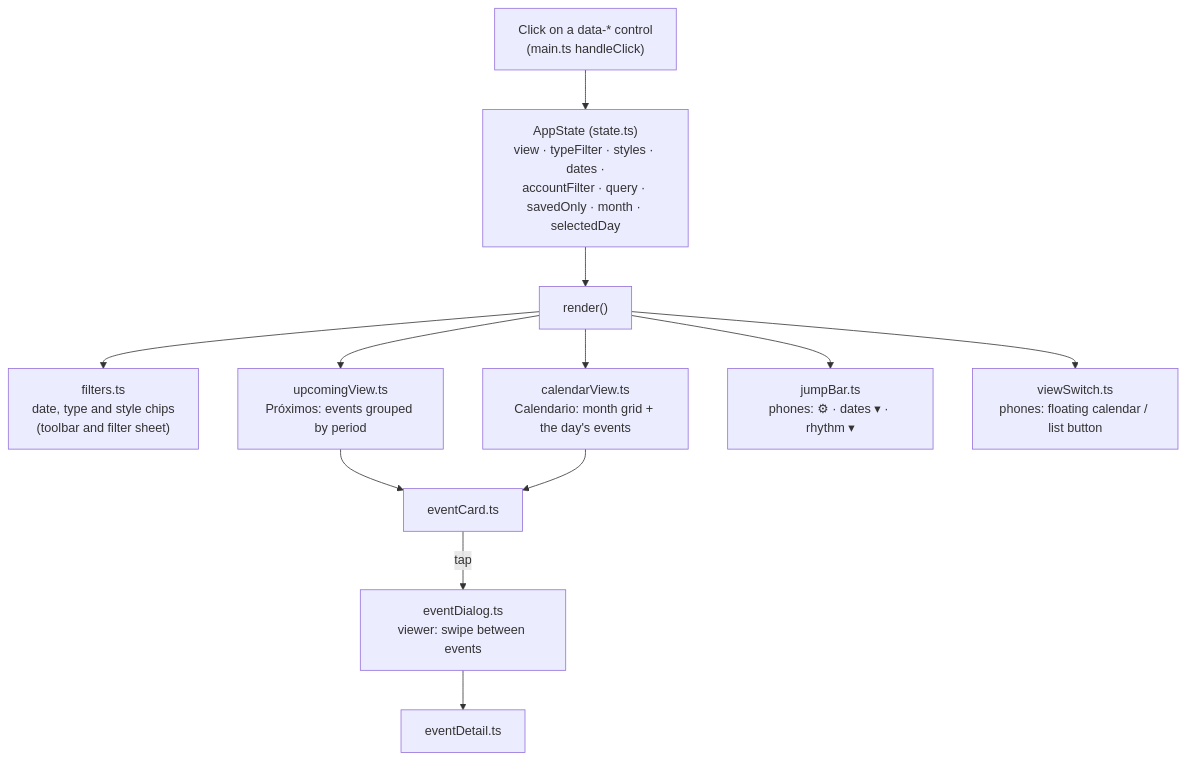
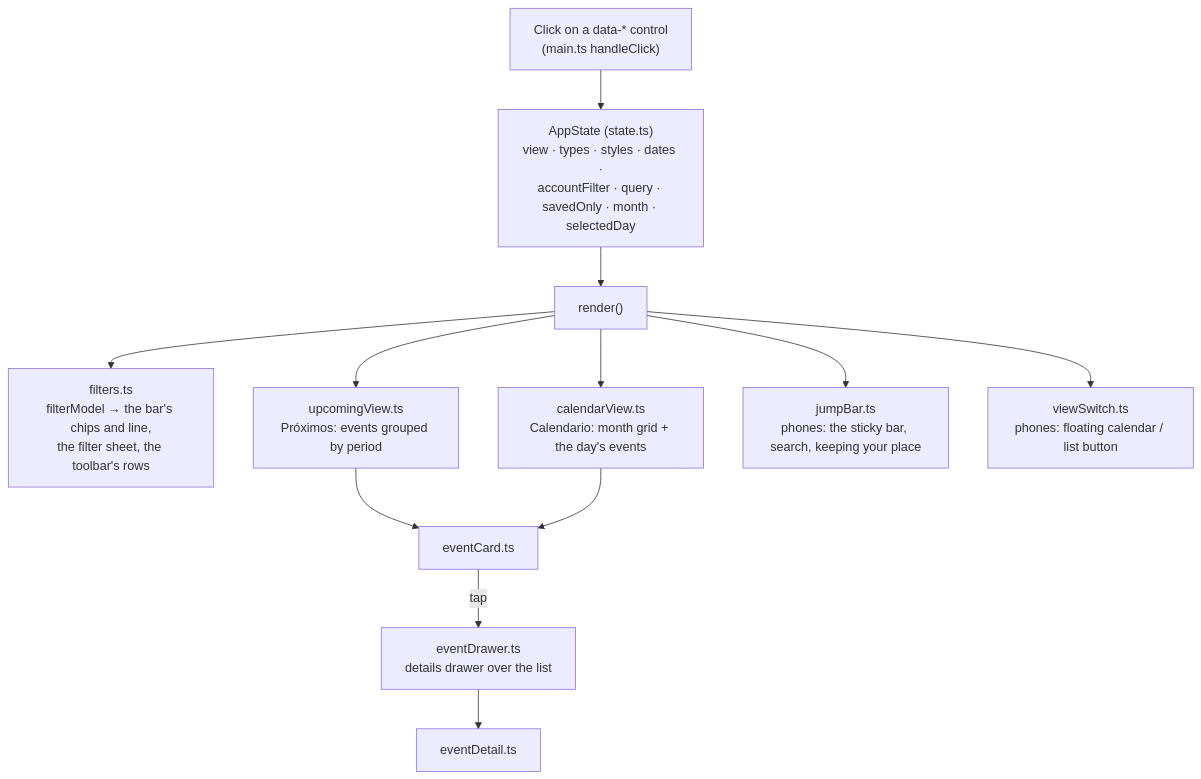
One commit to pa-bailar/pa-bailar.github.io changed the seventh of 9 diagrams in docs/ARCHITECTURE.md. Above: the diagram before and after it, drawn with Mermaid. The commit also changed other lines of this file and 45 other files, not shown here.

First line of the commit message:
feat(events): an Instagram-style details drawer and one-tap filter chips (#74)

````diff
--- a/docs/ARCHITECTURE.md
+++ b/docs/ARCHITECTURE.md
@@ -336,15 +337,15 @@
 ```mermaid
 flowchart TD
-    ST["AppState (state.ts)<br/>view · typeFilter · styles · dates ·<br/>accountFilter · query · savedOnly · month · selectedDay"]
+    ST["AppState (state.ts)<br/>view · types · styles · dates ·<br/>accountFilter · query · savedOnly · month · selectedDay"]
     CLICK["Click on a data-* control<br/>(main.ts handleClick)"] --> ST
     ST --> R["render()"]
-    R --> F["filters.ts<br/>date, type and style chips<br/>(toolbar and filter sheet)"]
+    R --> F["filters.ts<br/>filterModel → the bar's chips and line,<br/>the filter sheet, the toolbar's rows"]
     R --> U["upcomingView.ts<br/>Próximos: events grouped by period"]
     R --> C["calendarView.ts<br/>Calendario: month grid + the day's events"]
-    R --> J["jumpBar.ts<br/>phones: ⚙ · dates ▾ · rhythm ▾"]
+    R --> J["jumpBar.ts<br/>phones: the sticky bar, search, keeping your place"]
     R --> VS["viewSwitch.ts<br/>phones: floating calendar / list button"]
     U --> CARD["eventCard.ts"]
     C --> CARD
-    CARD -- "tap" --> DLG["eventDialog.ts<br/>viewer: swipe between events"]
+    CARD -- "tap" --> DLG["eventDrawer.ts<br/>details drawer over the list"]
     DLG --> DET["eventDetail.ts"]
 ```
````
